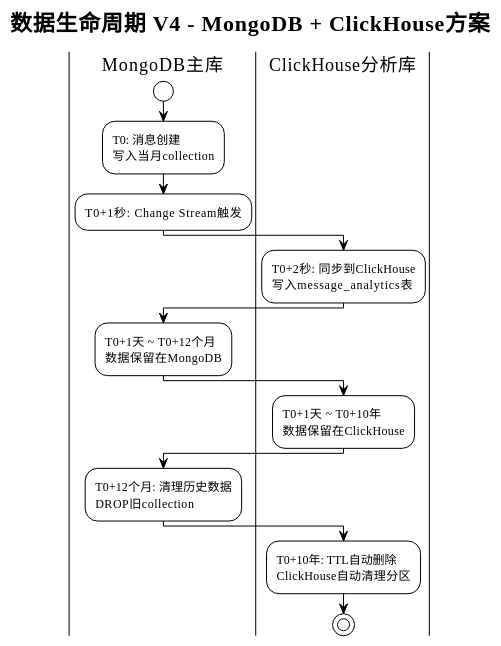
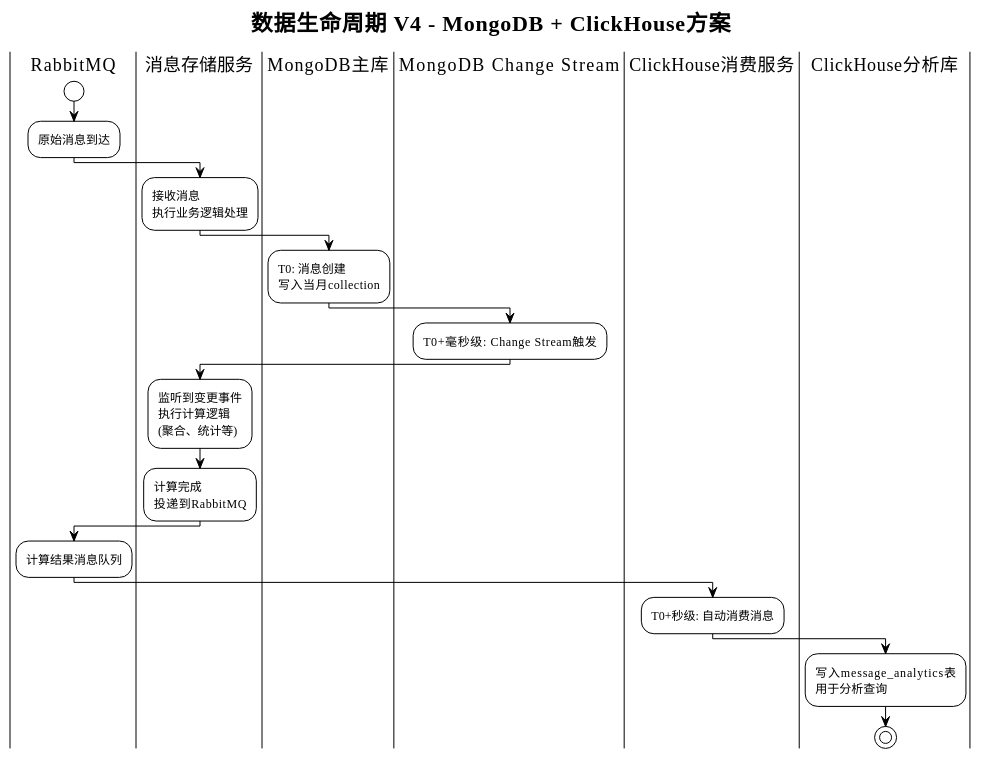
One commit to bluemacaw-zhou/note changed the diagram in im/data-lifecycle.md. Above: the diagram before and after it, drawn with PlantUML.

````diff
--- a/im/data-lifecycle.md
+++ b/im/data-lifecycle.md
@@ -1,45 +1,50 @@
-```plantuml
 @startuml 数据生命周期V4-MongoDB+ClickHouse
 !theme plain
 
 title 数据生命周期 V4 - MongoDB + ClickHouse方案
 
-|MongoDB主库|
+|RabbitMQ|
 
 start
+
+:原始消息到达;
+
+|消息存储服务|
+
+:接收消息
+执行业务逻辑处理;
+
+|MongoDB主库|
 
 :T0: 消息创建
 写入当月collection;
 
-:T0+1秒: Change Stream触发;
+|MongoDB Change Stream|
+
+:T0+毫秒级: Change Stream触发;
+
+|消息存储服务|
+
+:监听到变更事件
+执行计算逻辑
+(聚合、统计等);
+
+:计算完成
+投递到RabbitMQ;
+
+|RabbitMQ|
+
+:计算结果消息队列;
+
+|ClickHouse消费服务|
+
+:T0+秒级: 自动消费消息;
 
 |ClickHouse分析库|
 
-:T0+2秒: 同步到ClickHouse
-写入message_analytics表;
-
-|MongoDB主库|
-
-:T0+1天 ~ T0+12个月
-数据保留在MongoDB;
-
-|ClickHouse分析库|
-
-:T0+1天 ~ T0+10年
-数据保留在ClickHouse;
-
-|MongoDB主库|
-
-:T0+12个月: 清理历史数据
-DROP旧collection;
-
-|ClickHouse分析库|
-
-:T0+10年: TTL自动删除
-ClickHouse自动清理分区;
+:写入message_analytics表
+用于分析查询;
 
 stop
 
 @enduml
-
-```
````
